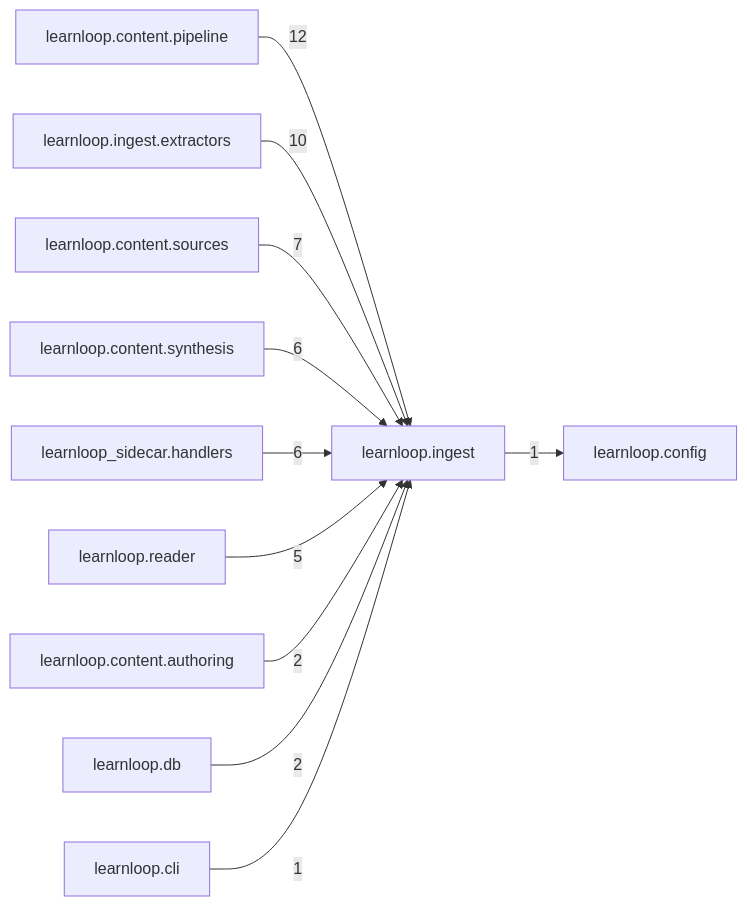
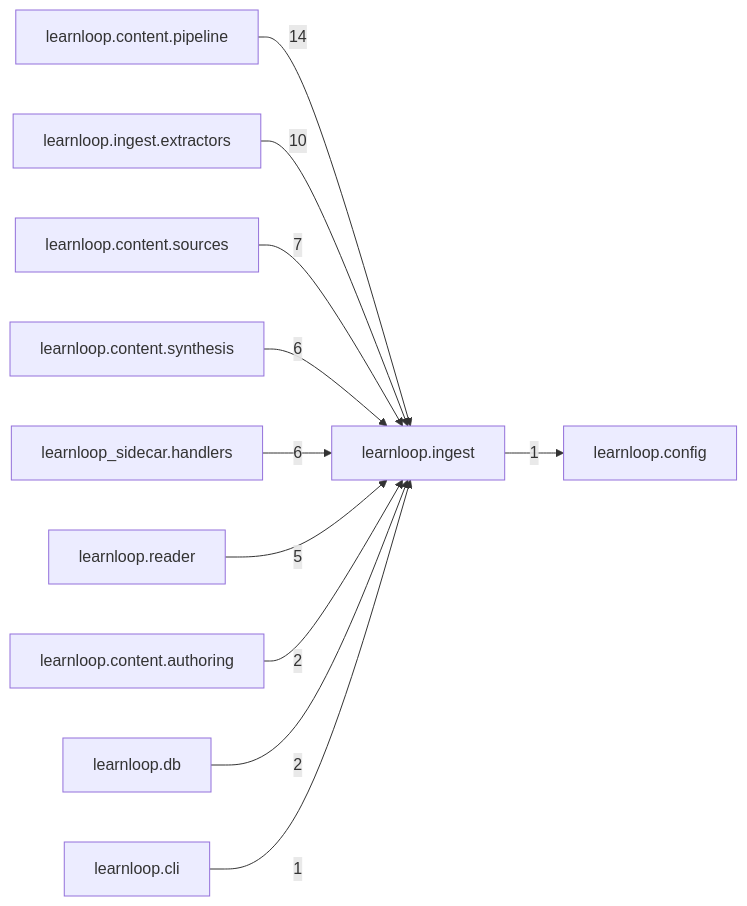
The diagram in docs/learnloop-architecture-vault/Reference/Modules/learnloop/ingest/_package.md (6up-b/learnanything), drawn with Mermaid before and after one commit. The commit also changed other lines of this file and 633 other files, not shown here.

````diff
--- a/docs/learnloop-architecture-vault/Reference/Modules/learnloop/ingest/_package.md
+++ b/docs/learnloop-architecture-vault/Reference/Modules/learnloop/ingest/_package.md
@@ -100,24 +100,24 @@
 ```mermaid
 flowchart LR
     center["learnloop.ingest"]
     n_learnloop_content_pipeline["learnloop.content.pipeline"]
     n_learnloop_ingest_extractors["learnloop.ingest.extractors"]
     n_learnloop_content_sources["learnloop.content.sources"]
     n_learnloop_content_synthesis["learnloop.content.synthesis"]
     n_learnloop_sidecar_handlers["learnloop_sidecar.handlers"]
     n_learnloop_reader["learnloop.reader"]
     n_learnloop_content_authoring["learnloop.content.authoring"]
     n_learnloop_db["learnloop.db"]
     n_learnloop_cli["learnloop.cli"]
     n_learnloop_config["learnloop.config"]
-    n_learnloop_content_pipeline -->|12| center
+    n_learnloop_content_pipeline -->|14| center
     n_learnloop_ingest_extractors -->|10| center
     n_learnloop_content_sources -->|7| center
     n_learnloop_content_synthesis -->|6| center
     n_learnloop_sidecar_handlers -->|6| center
     n_learnloop_reader -->|5| center
     n_learnloop_content_authoring -->|2| center
     n_learnloop_db -->|2| center
     n_learnloop_cli -->|1| center
     center -->|1| n_learnloop_config
 ```
````
